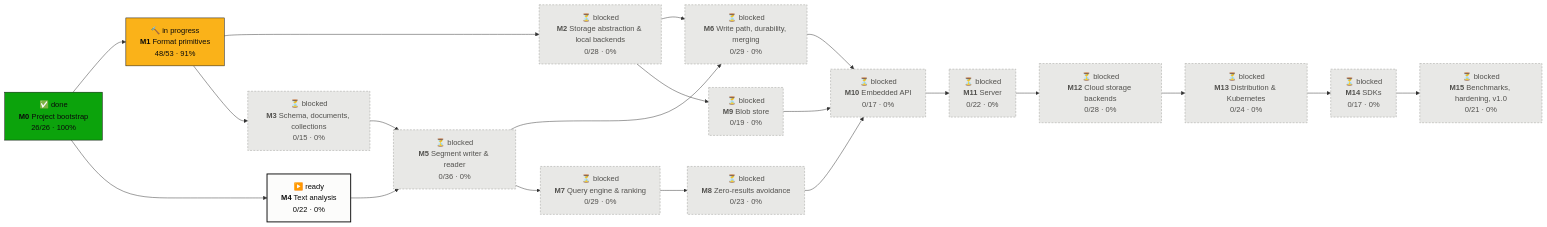
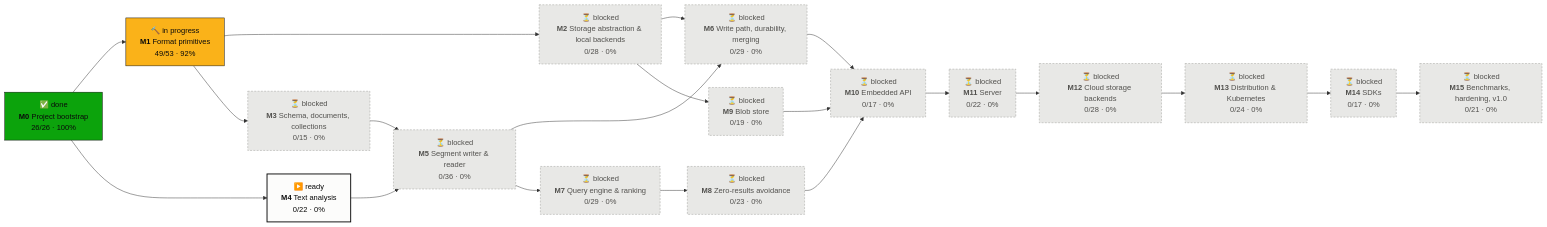
Before and after one commit to tomiok/persiaDB: the first of 2 diagrams in PROGRESS.md, drawn with Mermaid. The commit also changed other lines of this file and 6 other files, not shown here.

First line of the commit message:
fix(format): address review of 1.7.5; tick ROADMAP 1.7.5

````diff
--- a/PROGRESS.md
+++ b/PROGRESS.md
@@ -14,42 +14,42 @@
 ```mermaid
 flowchart LR
   M0["✅ done<br/><b>M0</b> Project bootstrap<br/>26/26 · 100%"]:::done
-  M1["🔨 in progress<br/><b>M1</b> Format primitives<br/>48/53 · 91%"]:::doing
+  M1["🔨 in progress<br/><b>M1</b> Format primitives<br/>49/53 · 92%"]:::doing
   M2["⏳ blocked<br/><b>M2</b> Storage abstraction & local backends<br/>0/28 · 0%"]:::blocked
   M3["⏳ blocked<br/><b>M3</b> Schema, documents, collections<br/>0/15 · 0%"]:::blocked
   M4["▶️ ready<br/><b>M4</b> Text analysis<br/>0/22 · 0%"]:::ready
   M5["⏳ blocked<br/><b>M5</b> Segment writer & reader<br/>0/36 · 0%"]:::blocked
   M6["⏳ blocked<br/><b>M6</b> Write path, durability, merging<br/>0/29 · 0%"]:::blocked
   M7["⏳ blocked<br/><b>M7</b> Query engine & ranking<br/>0/29 · 0%"]:::blocked
   M8["⏳ blocked<br/><b>M8</b> Zero-results avoidance<br/>0/23 · 0%"]:::blocked
   M9["⏳ blocked<br/><b>M9</b> Blob store<br/>0/19 · 0%"]:::blocked
   M10["⏳ blocked<br/><b>M10</b> Embedded API<br/>0/17 · 0%"]:::blocked
   M11["⏳ blocked<br/><b>M11</b> Server<br/>0/22 · 0%"]:::blocked
   M12["⏳ blocked<br/><b>M12</b> Cloud storage backends<br/>0/28 · 0%"]:::blocked
   M13["⏳ blocked<br/><b>M13</b> Distribution & Kubernetes<br/>0/24 · 0%"]:::blocked
   M14["⏳ blocked<br/><b>M14</b> SDKs<br/>0/17 · 0%"]:::blocked
   M15["⏳ blocked<br/><b>M15</b> Benchmarks, hardening, v1.0<br/>0/21 · 0%"]:::blocked
   M0 --> M1
   M1 --> M2
   M1 --> M3
   M0 --> M4
   M3 --> M5
   M4 --> M5
   M2 --> M6
   M5 --> M6
   M5 --> M7
   M7 --> M8
   M2 --> M9
   M6 --> M10
   M8 --> M10
   M9 --> M10
   M10 --> M11
   M11 --> M12
   M12 --> M13
   M13 --> M14
   M14 --> M15
   classDef done fill:#0ca30c,stroke:#0b0b0b,color:#0b0b0b
   classDef doing fill:#fab219,stroke:#0b0b0b,color:#0b0b0b
   classDef ready fill:#fcfcfb,stroke:#0b0b0b,stroke-width:2px,color:#0b0b0b
   classDef blocked fill:#e8e8e6,stroke:#9a9a96,stroke-dasharray:4 3,color:#52514e
 ```
````
